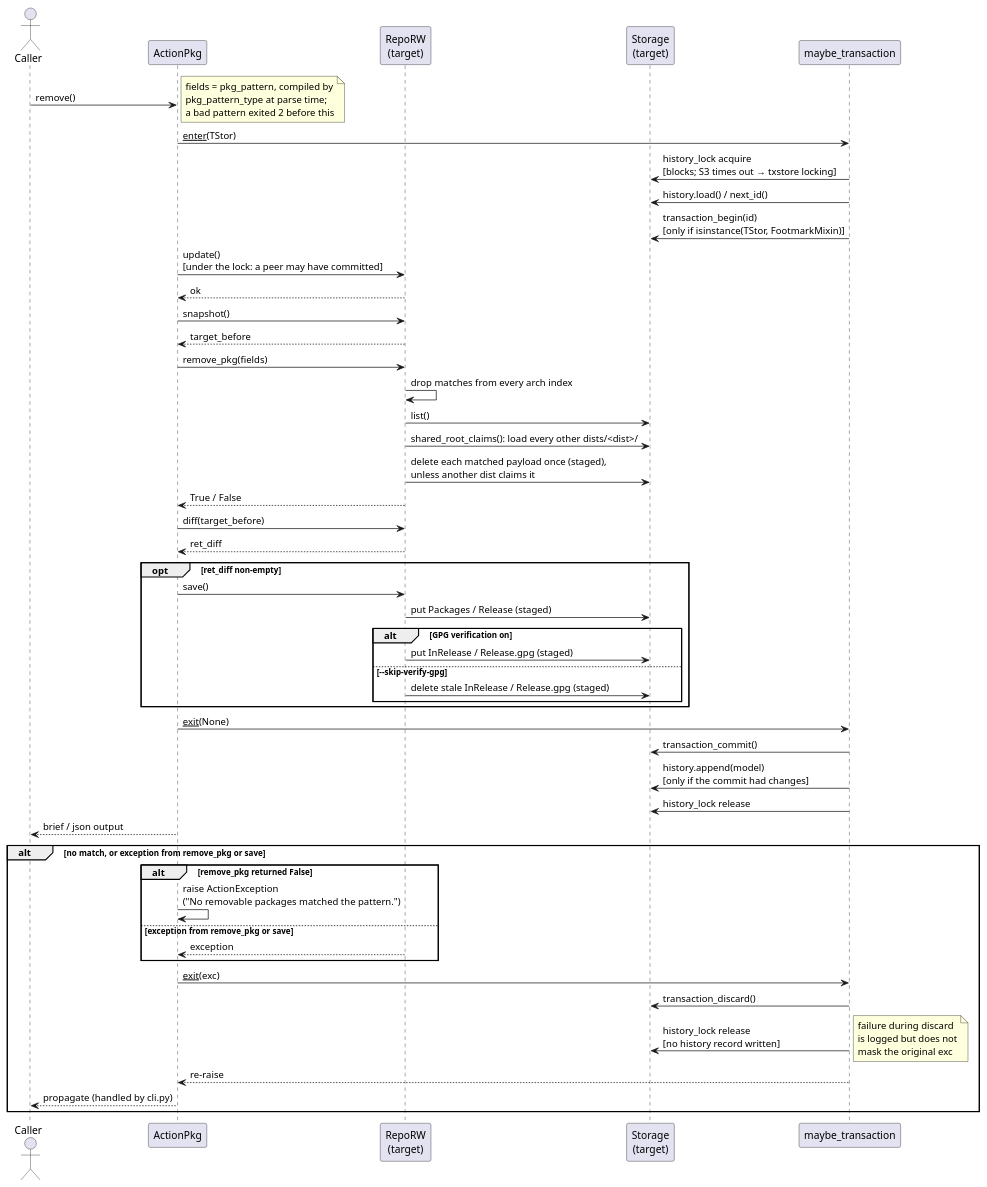
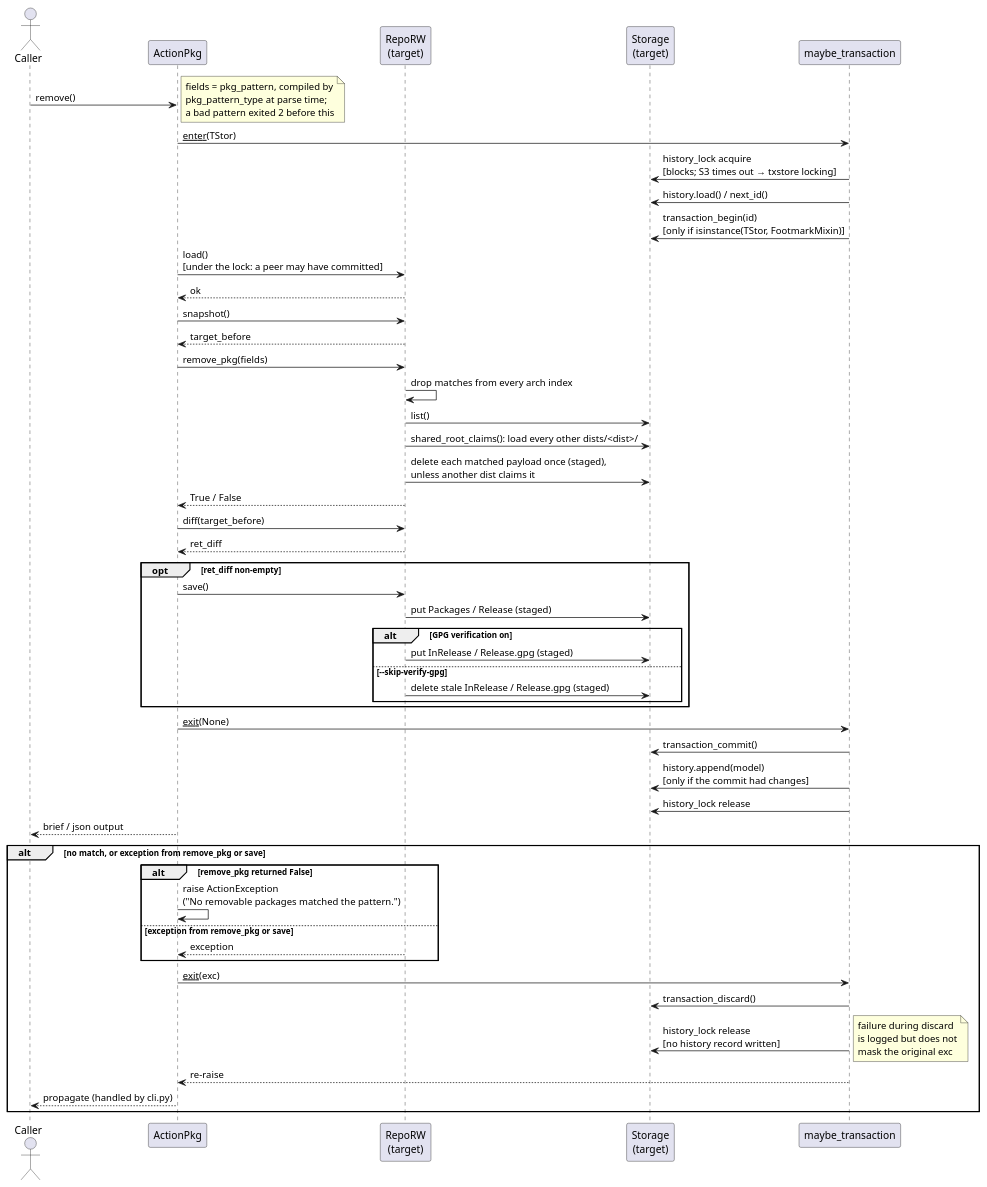
The diagram in docs/development/diagrams/action-pkg-remove-sequence.puml (vinklat/debkit), drawn with PlantUML before and after one commit. The commit also changed 54 other files, not shown here.

```diff
--- a/docs/development/diagrams/action-pkg-remove-sequence.puml
+++ b/docs/development/diagrams/action-pkg-remove-sequence.puml
@@ -1,63 +1,63 @@
 @startuml
 actor Caller
 participant ActionPkg
 participant "RepoRW\n(target)" as Tgt
 participant "Storage\n(target)" as TStor
 participant "maybe_transaction" as CM
 
 Caller -> ActionPkg: remove()
 note right
   fields = pkg_pattern, compiled by
   pkg_pattern_type at parse time;
   a bad pattern exited 2 before this
 end note
 
 ActionPkg -> CM: __enter__(TStor)
 CM -> TStor: history_lock acquire\n[blocks; S3 times out → txstore locking]
 CM -> TStor: history.load() / next_id()
 CM -> TStor: transaction_begin(id)\n[only if isinstance(TStor, FootmarkMixin)]
 
-ActionPkg -> Tgt: update()\n[under the lock: a peer may have committed]
+ActionPkg -> Tgt: load()\n[under the lock: a peer may have committed]
 Tgt --> ActionPkg: ok
 ActionPkg -> Tgt: snapshot()
 Tgt --> ActionPkg: target_before
 
 ActionPkg -> Tgt: remove_pkg(fields)
 Tgt -> Tgt: drop matches from every arch index
 Tgt -> TStor: list()
 Tgt -> TStor: shared_root_claims(): load every other dists/<dist>/
 Tgt -> TStor: delete each matched payload once (staged),\nunless another dist claims it
 Tgt --> ActionPkg: True / False
 ActionPkg -> Tgt: diff(target_before)
 Tgt --> ActionPkg: ret_diff
 opt ret_diff non-empty
   ActionPkg -> Tgt: save()
   Tgt -> TStor: put Packages / Release (staged)
   alt GPG verification on
     Tgt -> TStor: put InRelease / Release.gpg (staged)
   else --skip-verify-gpg
     Tgt -> TStor: delete stale InRelease / Release.gpg (staged)
   end
 end
 
 ActionPkg -> CM: __exit__(None)
 CM -> TStor: transaction_commit()
 CM -> TStor: history.append(model)\n[only if the commit had changes]
 CM -> TStor: history_lock release
 
 ActionPkg --> Caller: brief / json output
 
 alt no match, or exception from remove_pkg or save
   alt remove_pkg returned False
     ActionPkg -> ActionPkg: raise ActionException\n("No removable packages matched the pattern.")
   else exception from remove_pkg or save
     Tgt --> ActionPkg: exception
   end
   ActionPkg -> CM: __exit__(exc)
   CM -> TStor: transaction_discard()
   CM -> TStor: history_lock release\n[no history record written]
   note right: failure during discard\nis logged but does not\nmask the original exc
   CM --> ActionPkg: re-raise
   ActionPkg --> Caller: propagate (handled by cli.py)
 end
 @enduml
```
